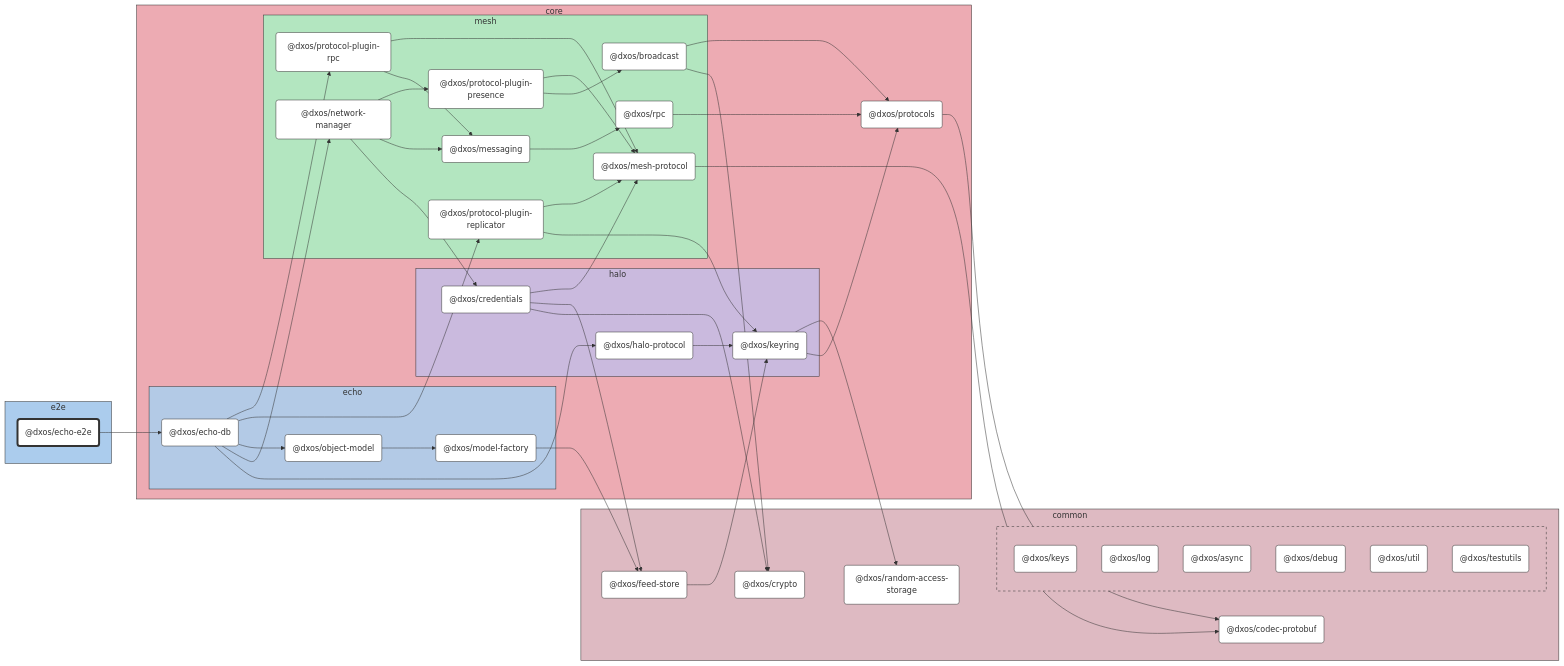
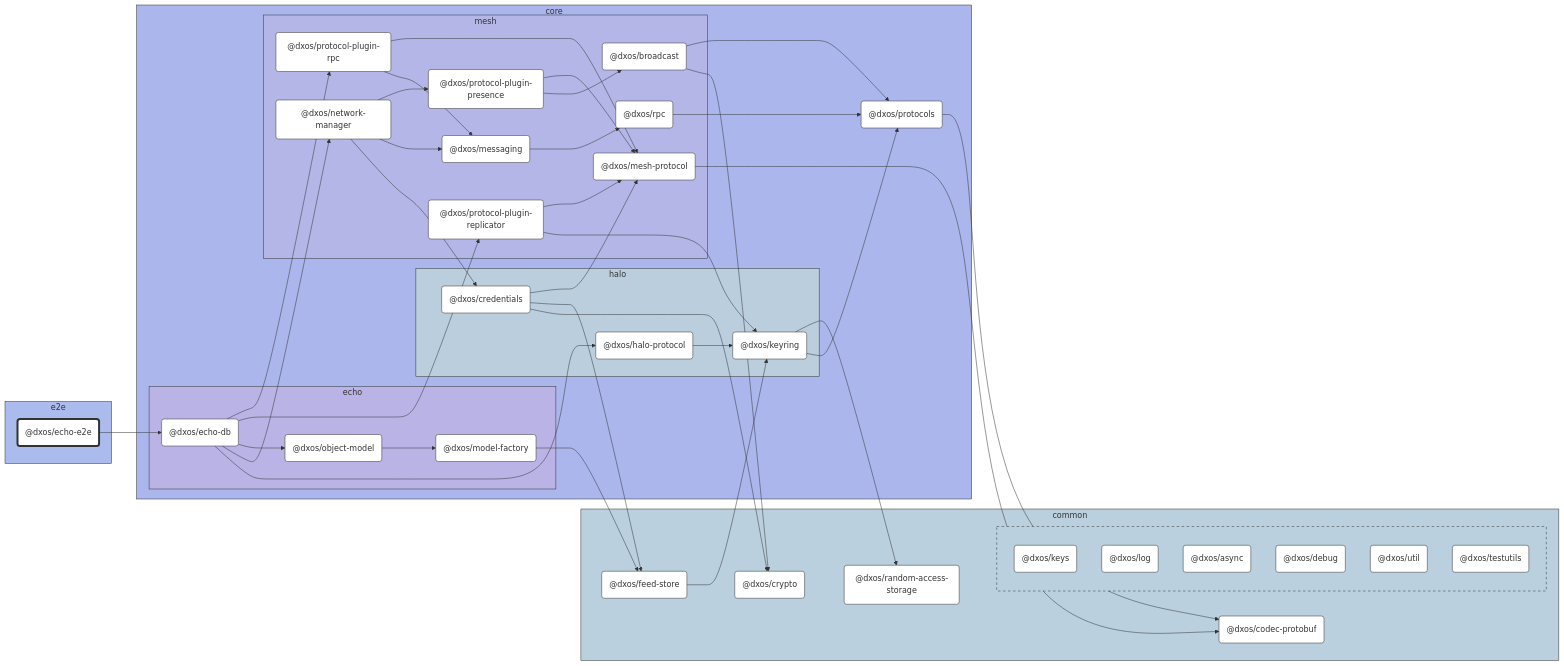
One commit to dxos/dxos changed the diagram in packages/e2e/echo/docs/README.md. Above: the diagram before and after it, drawn with Mermaid. The commit also changed 86 other files, not shown here.

```diff
--- a/packages/e2e/echo/docs/README.md
+++ b/packages/e2e/echo/docs/README.md
@@ -16,13 +16,13 @@
 %% Nodes
 
 subgraph e2e [e2e]
-  style e2e fill:#abcced,stroke:#333
+  style e2e fill:#abbbed,stroke:#333
   dxos/echo-e2e("@dxos/echo-e2e"):::root
   click dxos/echo-e2e "dxos/dxos/tree/main/packages/e2e/echo/docs"
 end
 
 subgraph common [common]
-  style common fill:#debac2,stroke:#333
+  style common fill:#bad0de,stroke:#333
   dxos/crypto("@dxos/crypto"):::def
   click dxos/crypto "dxos/dxos/tree/main/packages/common/crypto/docs"
   dxos/codec-protobuf("@dxos/codec-protobuf"):::def
@@ -33,7 +33,7 @@
   click dxos/random-access-storage "dxos/dxos/tree/main/packages/common/random-access-storage/docs"
 
   subgraph _ [ ]
-    style _ fill:#debac2,stroke:#333,stroke-dasharray:5 5
+    style _ fill:#bad0de,stroke:#333,stroke-dasharray:5 5
     dxos/keys("@dxos/keys"):::def
     click dxos/keys "dxos/dxos/tree/main/packages/common/keys/docs"
     dxos/log("@dxos/log"):::def
@@ -50,12 +50,12 @@
 end
 
 subgraph core [core]
-  style core fill:#edabb3,stroke:#333
+  style core fill:#abb6ed,stroke:#333
   dxos/protocols("@dxos/protocols"):::def
   click dxos/protocols "dxos/dxos/tree/main/packages/core/protocols/docs"
 
   subgraph echo [echo]
-    style echo fill:#b3cae6,stroke:#333
+    style echo fill:#b9b3e6,stroke:#333
     dxos/echo-db("@dxos/echo-db"):::def
     click dxos/echo-db "dxos/dxos/tree/main/packages/core/echo/echo-db/docs"
     dxos/model-factory("@dxos/model-factory"):::def
@@ -65,7 +65,7 @@
   end
 
   subgraph halo [halo]
-    style halo fill:#cabade,stroke:#333
+    style halo fill:#bacede,stroke:#333
     dxos/credentials("@dxos/credentials"):::def
     click dxos/credentials "dxos/dxos/tree/main/packages/core/halo/credentials/docs"
     dxos/keyring("@dxos/keyring"):::def
@@ -75,7 +75,7 @@
   end
 
   subgraph mesh [mesh]
-    style mesh fill:#b3e6c0,stroke:#333
+    style mesh fill:#b3b6e6,stroke:#333
     dxos/mesh-protocol("@dxos/mesh-protocol"):::def
     click dxos/mesh-protocol "dxos/dxos/tree/main/packages/core/mesh/mesh-protocol/docs"
     dxos/messaging("@dxos/messaging"):::def
```
